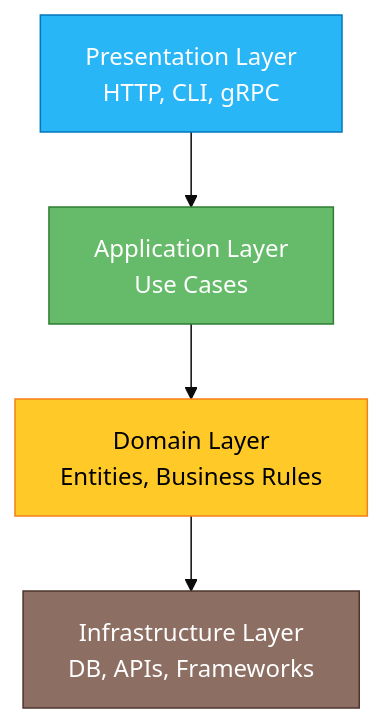
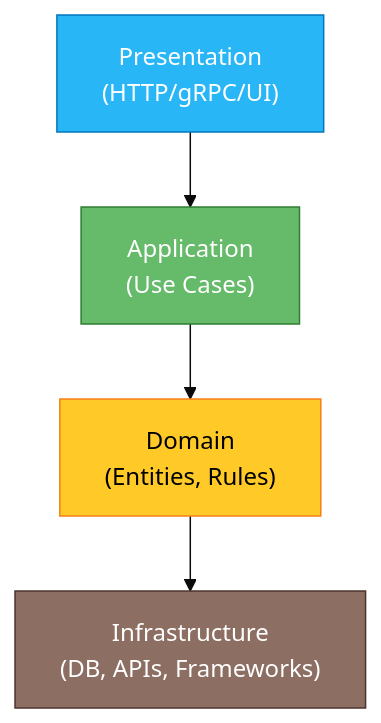
One commit to norbix/norbix.dev changed the fifth of 5 diagrams in content/posts/architectural-patterns/index.md. Above: the diagram before and after it, drawn with Mermaid (base theme).

Commit message:
- updading arch patterns post

````diff
--- a/content/posts/architectural-patterns/index.md
+++ b/content/posts/architectural-patterns/index.md
@@ -819,11 +819,16 @@
 ```mermaid
-flowchart TD
-    A[Presentation Layer<br>HTTP, CLI, gRPC] --> B[Application Layer<br>Use Cases]
-    B --> C[Domain Layer<br>Entities, Business Rules]
-    C --> D[Infrastructure Layer<br>DB, APIs, Frameworks]
+graph TD
+    UI["Presentation<br>(HTTP/gRPC/UI)"]
+    UC["Application<br>(Use Cases)"]
+    DOMAIN["Domain<br>(Entities, Rules)"]
+    INFRA["Infrastructure<br>(DB, APIs, Frameworks)"]
 
-    style A fill:#29b6f6,stroke:#0277bd,color:#fff
-    style B fill:#66bb6a,stroke:#2e7d32,color:#fff
-    style C fill:#ffca28,stroke:#f57f17,color:#000
-    style D fill:#8d6e63,stroke:#4e342e,color:#fff
+    UI --> UC
+    UC --> DOMAIN
+    DOMAIN --> INFRA
+
+    style DOMAIN fill:#ffca28,stroke:#f57f17,color:#000
+    style UC fill:#66bb6a,stroke:#2e7d32,color:#fff
+    style UI fill:#29b6f6,stroke:#0277bd,color:#fff
+    style INFRA fill:#8d6e63,stroke:#4e342e,color:#fff
 ```
````
